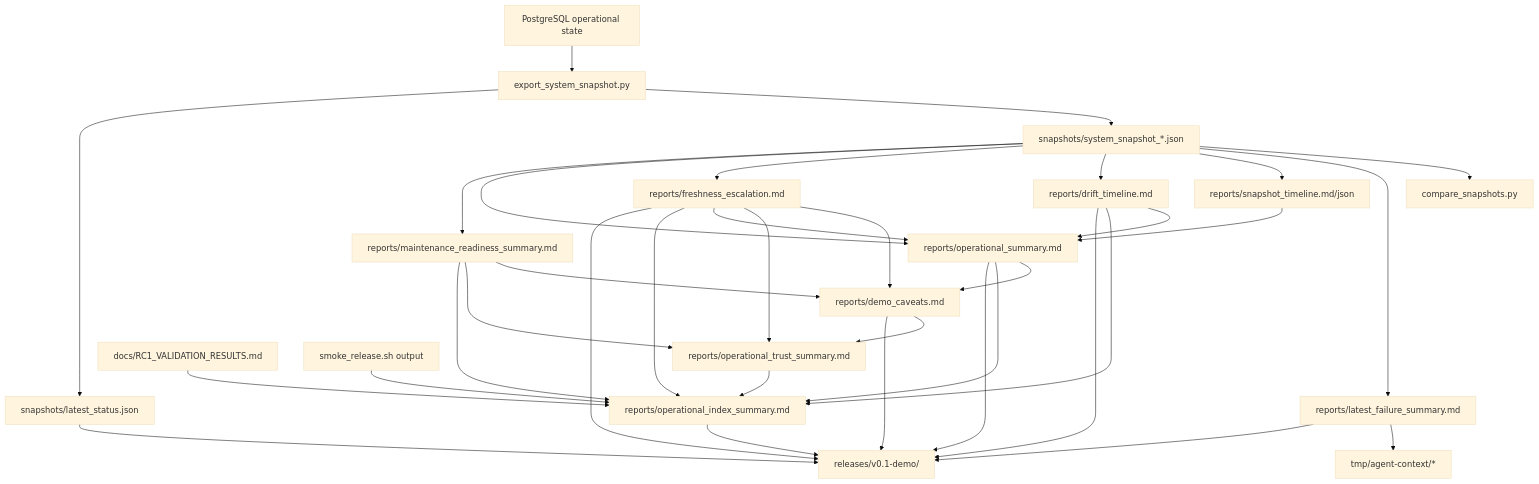
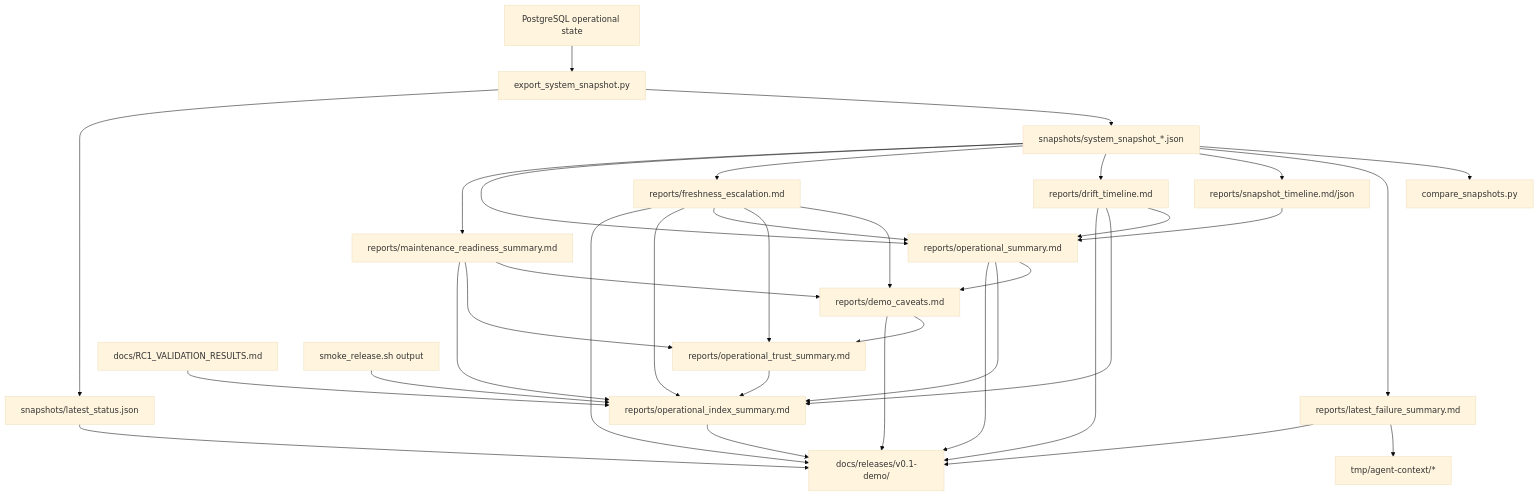
Before and after one commit to heinricitorgau/CrawlerNest: the diagram in docs/data/REPORT_RELATIONSHIPS.md, drawn with Mermaid (base theme). The commit also changed 211 other files, not shown here.

````diff
--- a/docs/data/REPORT_RELATIONSHIPS.md
+++ b/docs/data/REPORT_RELATIONSHIPS.md
@@ -12,56 +12,56 @@
 ```mermaid
 flowchart TD
     db["PostgreSQL operational state"]
     export["export_system_snapshot.py"]
     snapshots["snapshots/system_snapshot_*.json"]
     latest["snapshots/latest_status.json"]
     compare["compare_snapshots.py"]
     failure["reports/latest_failure_summary.md"]
     timeline["reports/snapshot_timeline.md/json"]
     drift["reports/drift_timeline.md"]
     freshness["reports/freshness_escalation.md"]
     ops["reports/operational_summary.md"]
     index["reports/operational_index_summary.md"]
     maintenance["reports/maintenance_readiness_summary.md"]
     caveats["reports/demo_caveats.md"]
     trust["reports/operational_trust_summary.md"]
     validation["docs/RC1_VALIDATION_RESULTS.md"]
     smoke["smoke_release.sh output"]
-    bundle["releases/v0.1-demo/"]
+    bundle["docs/releases/v0.1-demo/"]
     agents["tmp/agent-context/*"]
 
     db --> export
     export --> snapshots
     export --> latest
     snapshots --> compare
     snapshots --> failure
     snapshots --> timeline
     snapshots --> drift
     snapshots --> freshness
     snapshots --> ops
     snapshots --> maintenance
     freshness --> caveats
     ops --> caveats
     maintenance --> caveats
     freshness --> trust
     maintenance --> trust
     caveats --> trust
     failure --> agents
     timeline --> ops
     drift --> ops
     freshness --> ops
     ops --> index
     maintenance --> index
     trust --> index
     caveats --> bundle
     drift --> index
     freshness --> index
     validation --> index
     smoke --> index
     latest --> bundle
     failure --> bundle
     drift --> bundle
     freshness --> bundle
     ops --> bundle
     index --> bundle
 ```
````
